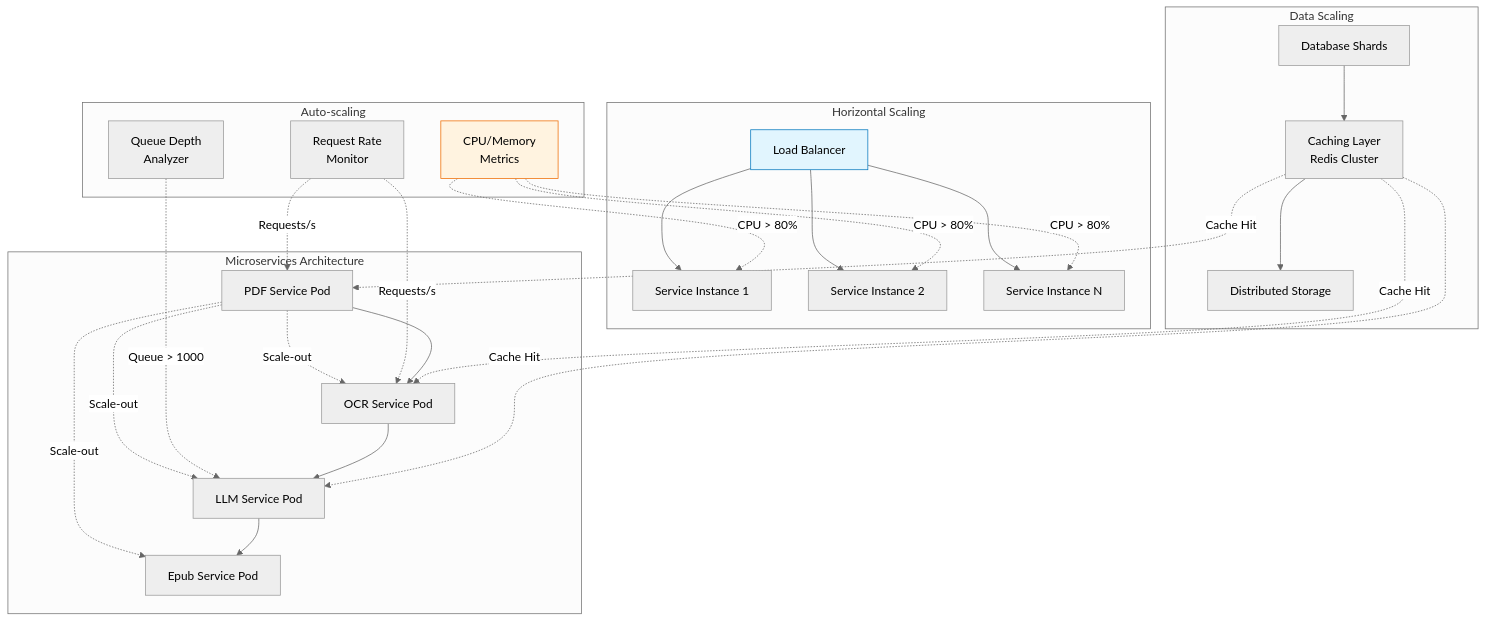
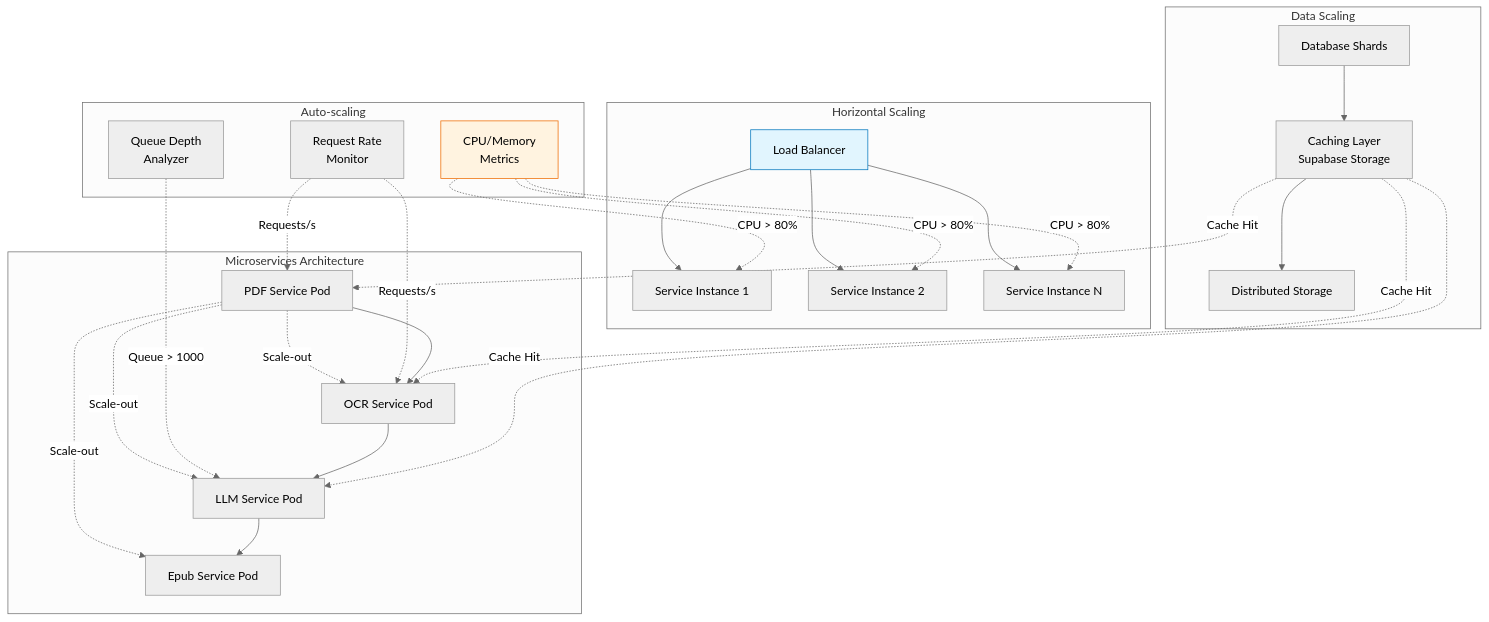
The tenth of 10 diagrams in docs/detailed_architecture.md (onlycan17/pdf_change_epub), drawn with Mermaid (neutral theme) before and after one commit. The commit also changed other lines of this file and 47 other files, not shown here.

````diff
--- a/docs/detailed_architecture.md
+++ b/docs/detailed_architecture.md
@@ -594,54 +594,54 @@
 ```mermaid
 graph TB
     subgraph "Horizontal Scaling"
         A[Load Balancer]
         B[Service Instance 1]
         C[Service Instance 2]
         D[Service Instance N]
     end
     
     subgraph "Microservices Architecture"
         E[PDF Service Pod]
         F[OCR Service Pod] 
         G[LLM Service Pod]
         H[Epub Service Pod]
     end
     
     subgraph "Data Scaling"
         I[Database Shards]
-        J[Caching Layer<br/>Redis Cluster]
+        J[Caching Layer<br/>Supabase Storage]
         K[Distributed Storage]
     end
     
     subgraph "Auto-scaling"
         L[CPU/Memory<br/>Metrics]
         M[Request Rate<br/>Monitor]
         N[Queue Depth<br/>Analyzer]
     end
     
     %% 로드 밸런싱
     A --> B & C & D
     
     %% 마이크로서비스 연결
     E -.->|Scale-out| F & G & H
     
     %% 데이터 분산
     I --> J
     J --> K
     
     %% 오토스케일링 트리거
     L -.->|CPU > 80%| B & C & D
     M -.->|Requests/s| E & F
     N -.->|Queue > 1000| G
     
     %% 서비스 간 통신
     E --> F
     F --> G
     G --> H
     
     %% 캐시 연결
     J -.->|Cache Hit| E & F & G
     
     style A fill:#e1f5fe,stroke:#0277bd
     style L fill:#fff3e0,stroke:#ef6c00
 ```
````
